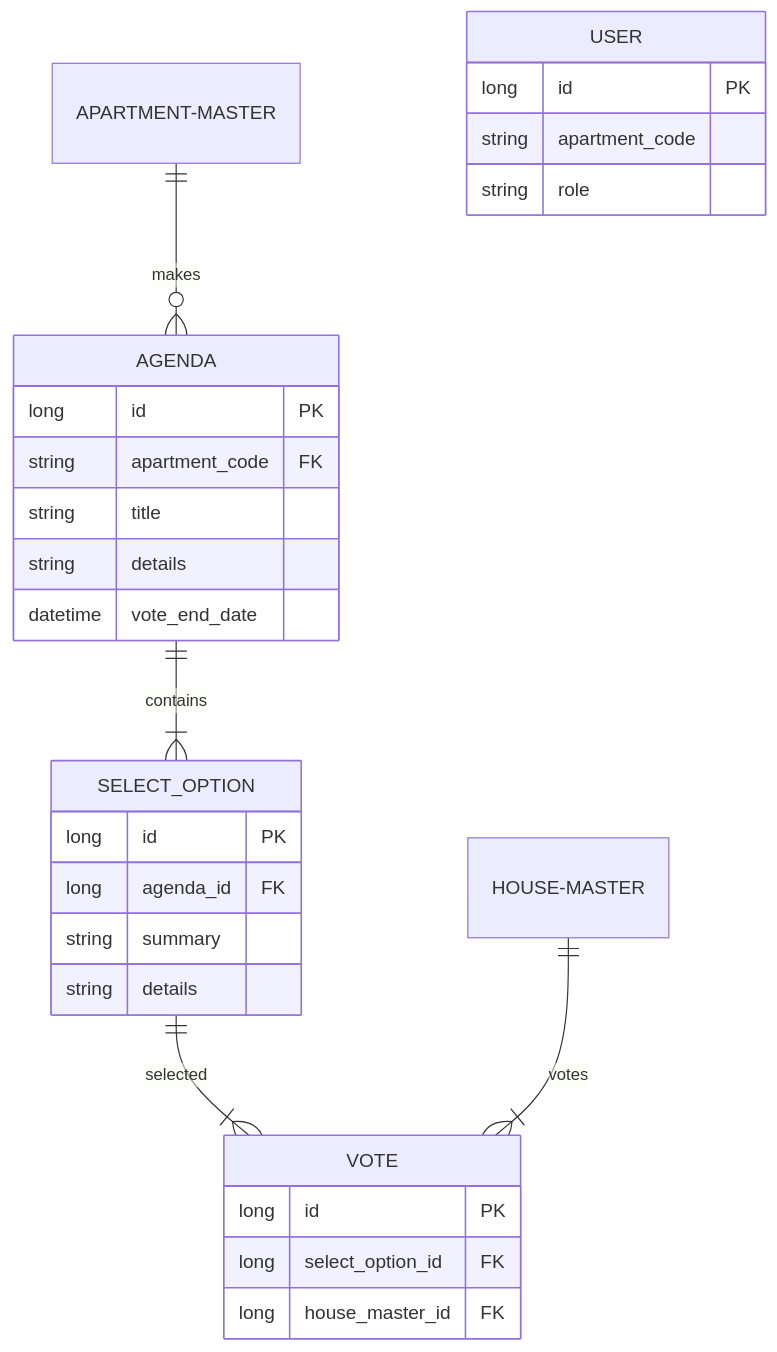
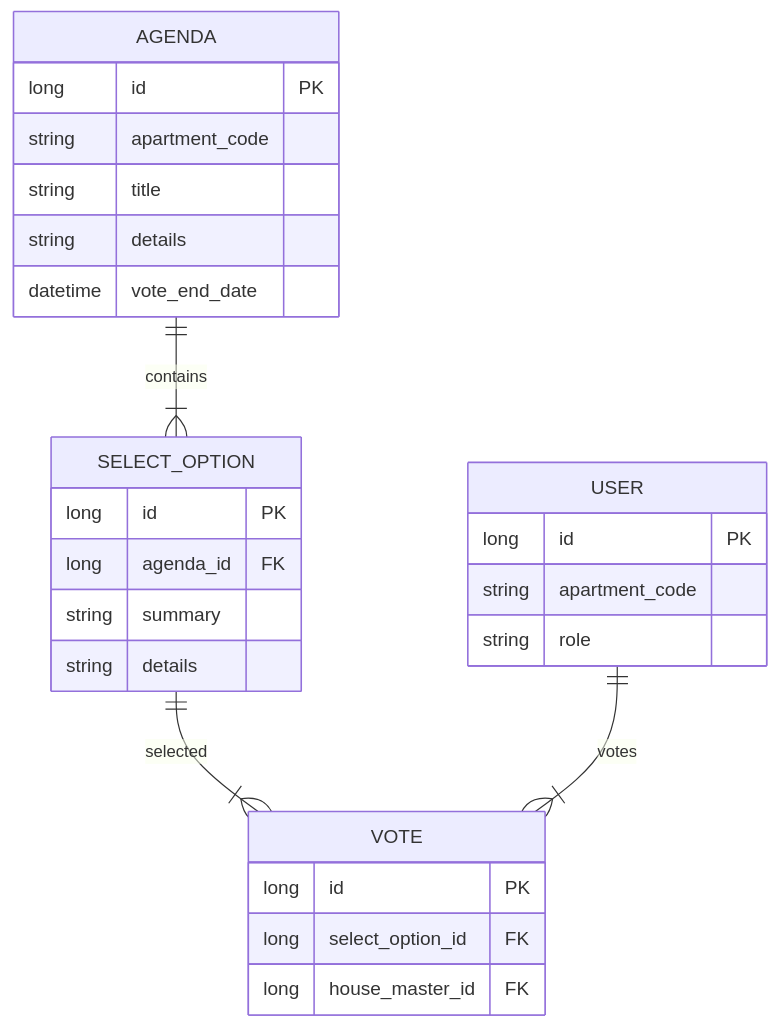
The diagram in README.md (tkdlqh2/residents_meeting), drawn with Mermaid before and after one commit.

````diff
--- a/README.md
+++ b/README.md
@@ -36,34 +36,33 @@
 ```mermaid
 erDiagram
-    APARTMENT-MASTER ||--o{ AGENDA : makes
     AGENDA ||--|{ SELECT_OPTION : contains
     SELECT_OPTION ||--|{ VOTE : selected
-    HOUSE-MASTER ||--|{ VOTE   : votes
+    USER ||--|{ VOTE   : votes
 
     AGENDA {
         long id PK
-        string apartment_code FK
+        string apartment_code
         string title
         string details
         datetime vote_end_date
     }
 
     SELECT_OPTION {
         long id PK
         long agenda_id FK
         string summary
         string details
     }
 
     VOTE {
         long id PK
         long select_option_id FK
         long house_master_id FK
     }
 
      USER {
         long id PK
         string apartment_code
         string role
     }
 ```
````
